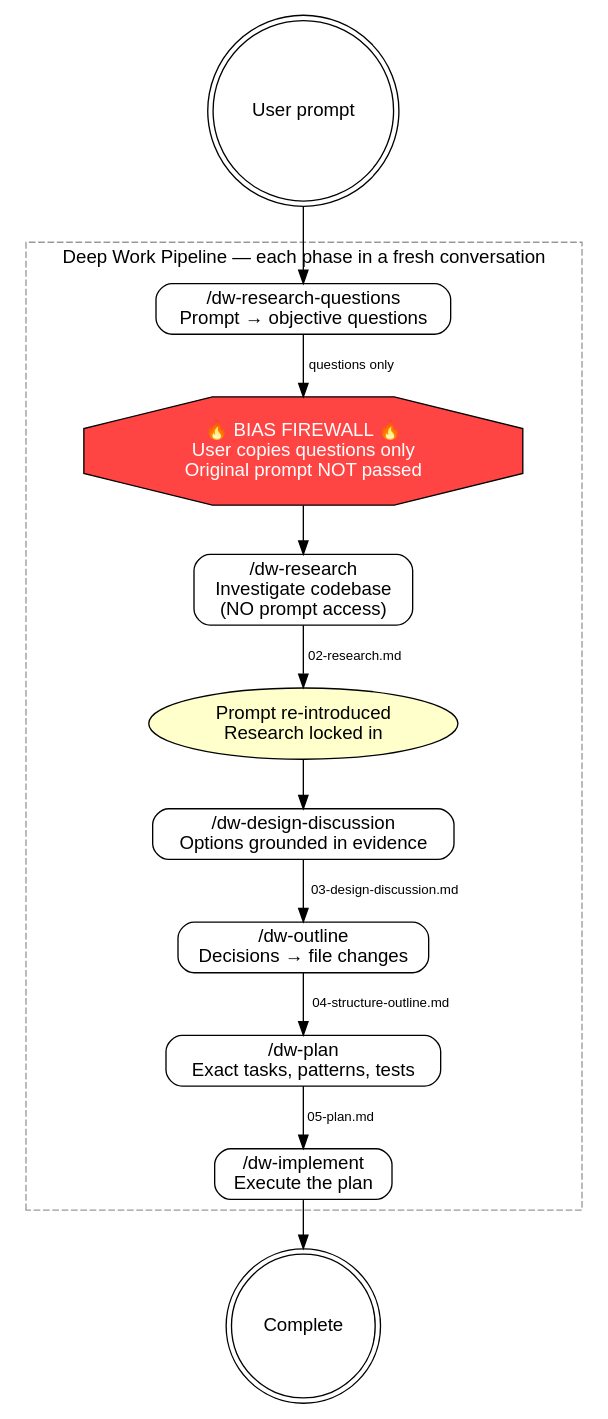
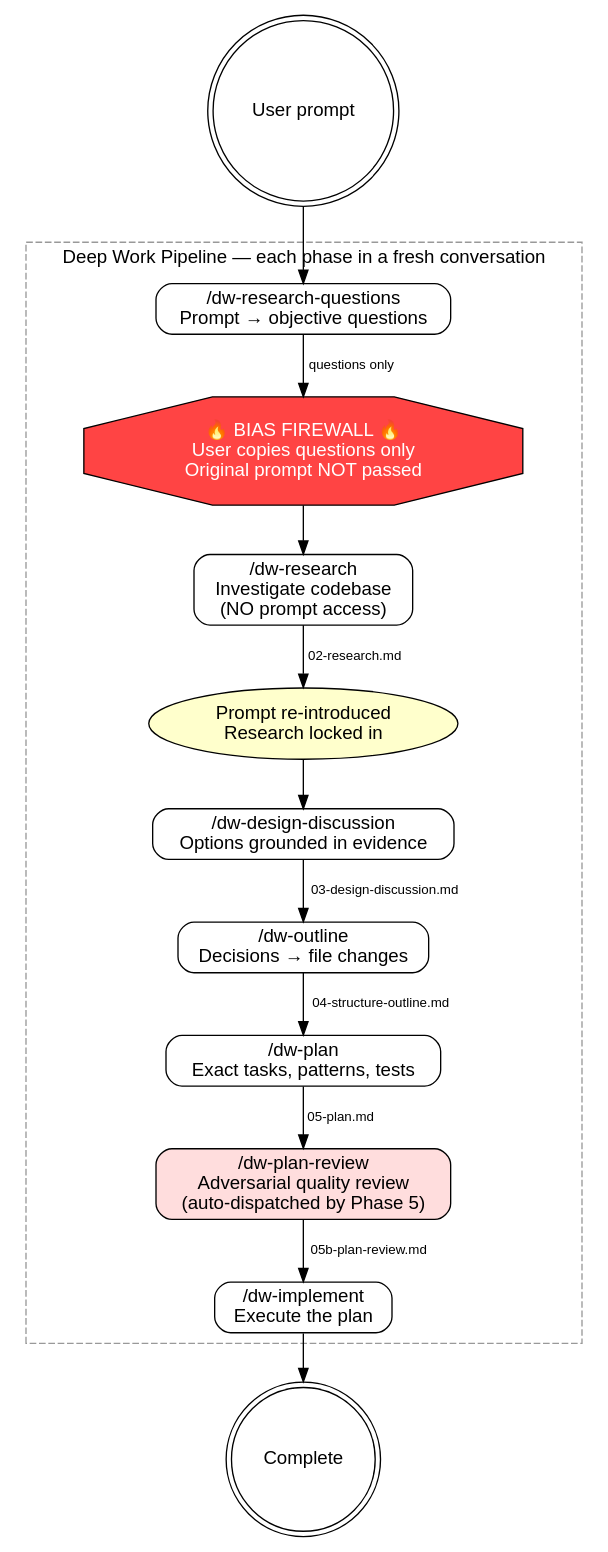
The diagram in .claude/skills/deep-work/SKILL.md (ronsanzone/claude-essentials), drawn with Graphviz before and after one commit. The commit also changed other lines of this file and 2 other files, not shown here.

Commit message:
Rev to deepwork plan review

````diff
--- a/.claude/skills/deep-work/SKILL.md
+++ b/.claude/skills/deep-work/SKILL.md
@@ -15,38 +15,41 @@
 ```dot
 digraph deep_work {
     rankdir=TB;
     node [shape=box, style=rounded, fontname="Helvetica"];
     edge [fontname="Helvetica", fontsize=10];
 
     subgraph cluster_pipeline {
         label="Deep Work Pipeline — each phase in a fresh conversation";
         style=dashed;
         color=gray60;
         fontname="Helvetica";
 
         p1 [label="/dw-research-questions\nPrompt → objective questions"];
         firewall [label="🔥 BIAS FIREWALL 🔥\nUser copies questions only\nOriginal prompt NOT passed"
                   shape=octagon style=filled fillcolor="#ff4444" fontcolor=white];
         p2 [label="/dw-research\nInvestigate codebase\n(NO prompt access)"];
         reintro [label="Prompt re-introduced\nResearch locked in"
                  shape=ellipse style=filled fillcolor="#ffffcc"];
         p3 [label="/dw-design-discussion\nOptions grounded in evidence"];
         p4 [label="/dw-outline\nDecisions → file changes"];
         p5 [label="/dw-plan\nExact tasks, patterns, tests"];
+        p5b [label="/dw-plan-review\nAdversarial quality review\n(auto-dispatched by Phase 5)"
+             style="filled,rounded" fillcolor="#ffdddd"];
         p6 [label="/dw-implement\nExecute the plan"];
     }
 
     start [label="User prompt" shape=doublecircle];
     done [label="Complete" shape=doublecircle];
 
     start -> p1;
     p1 -> firewall [label="questions only"];
     firewall -> p2;
     p2 -> reintro [label="02-research.md"];
     reintro -> p3;
     p3 -> p4 [label="03-design-discussion.md"];
     p4 -> p5 [label="04-structure-outline.md"];
-    p5 -> p6 [label="05-plan.md"];
+    p5 -> p5b [label="05-plan.md"];
+    p5b -> p6 [label="05b-plan-review.md"];
     p6 -> done;
 }
 ```
````
